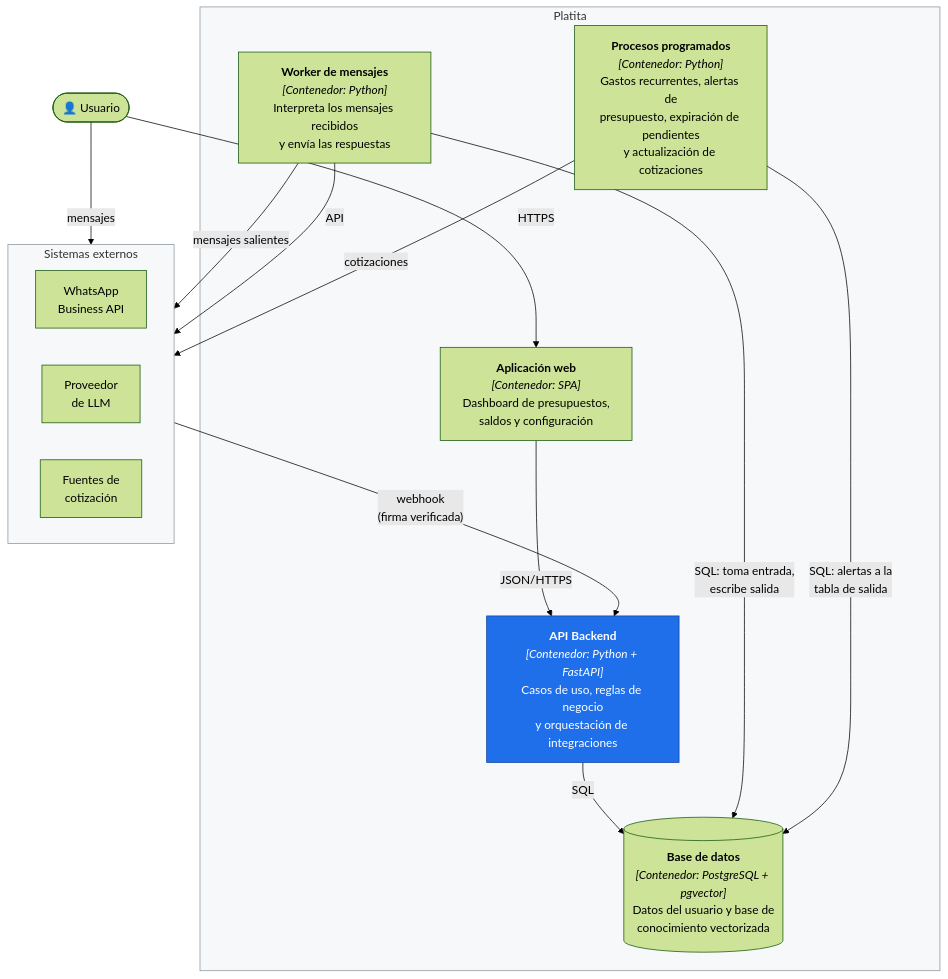
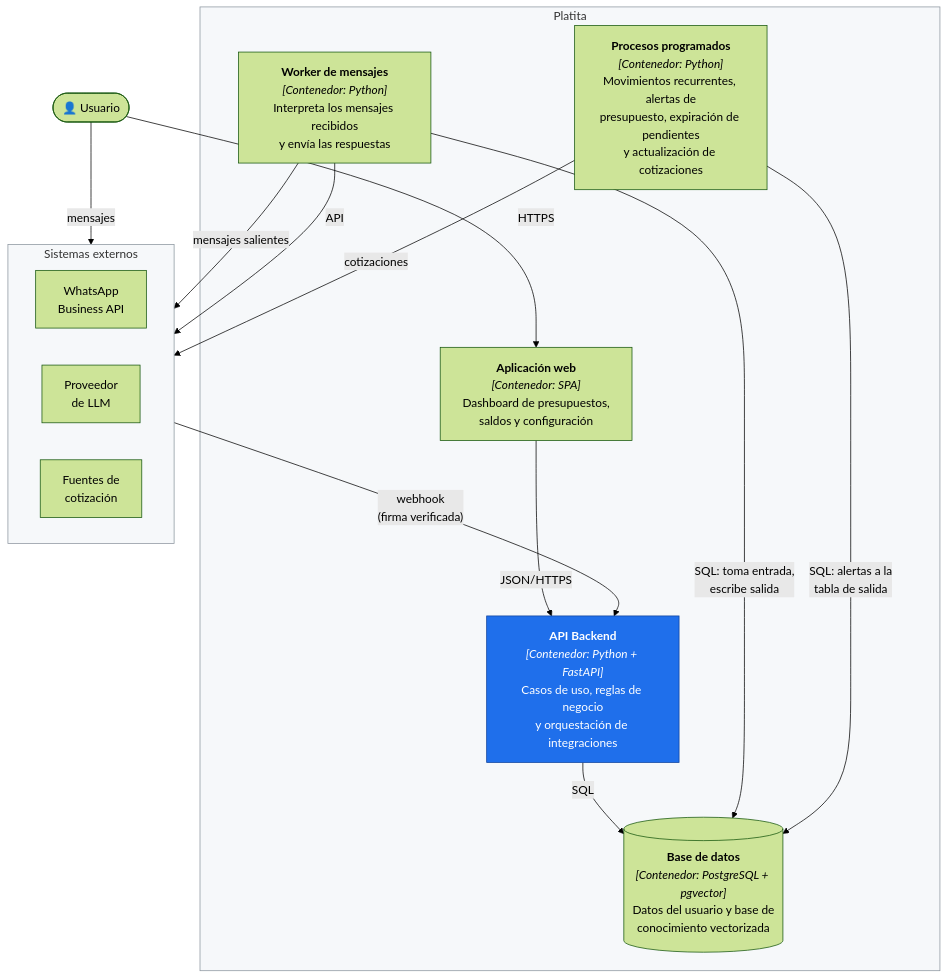
Before and after one commit to verozacarias-prog/AI4Devs-finalproject: the second of 4 diagrams in docs/02-arquitectura.md, drawn with Mermaid (forest theme). The commit also changed other lines of this file and 9 other files, not shown here.

````diff
--- a/docs/02-arquitectura.md
+++ b/docs/02-arquitectura.md
@@ -38,34 +38,34 @@
 ```mermaid
 flowchart TB
     USER(["👤 Usuario"])
 
     subgraph EXTERNOS["Sistemas externos"]
         direction LR
         WACLOUD["WhatsApp<br/>Business API"]
         LLM["Proveedor<br/>de LLM"]
         FX["Fuentes de<br/>cotización"]
     end
 
     subgraph PLATITA["Platita"]
         SPA["<b>Aplicación web</b><br/><i>[Contenedor: SPA]</i><br/>Dashboard de presupuestos,<br/>saldos y configuración"]
         API["<b>API Backend</b><br/><i>[Contenedor: Python + FastAPI]</i><br/>Casos de uso, reglas de negocio<br/>y orquestación de integraciones"]
         MSGW["<b>Worker de mensajes</b><br/><i>[Contenedor: Python]</i><br/>Interpreta los mensajes recibidos<br/>y envía las respuestas"]
-        WORKER["<b>Procesos programados</b><br/><i>[Contenedor: Python]</i><br/>Gastos recurrentes, alertas de<br/>presupuesto, expiración de pendientes<br/>y actualización de cotizaciones"]
+        WORKER["<b>Procesos programados</b><br/><i>[Contenedor: Python]</i><br/>Movimientos recurrentes, alertas de<br/>presupuesto, expiración de pendientes<br/>y actualización de cotizaciones"]
         DB[("<b>Base de datos</b><br/><i>[Contenedor: PostgreSQL + pgvector]</i><br/>Datos del usuario y base de<br/>conocimiento vectorizada")]
     end
 
     USER -->|"mensajes"| WACLOUD
     USER -->|"HTTPS"| SPA
     WACLOUD -->|"webhook<br/>(firma verificada)"| API
     MSGW -->|"mensajes salientes"| WACLOUD
     SPA -->|"JSON/HTTPS"| API
     API -->|"SQL"| DB
     MSGW -->|"SQL: toma entrada,<br/>escribe salida"| DB
     MSGW -->|"API"| LLM
     WORKER -->|"SQL: alertas a la<br/>tabla de salida"| DB
     WORKER -->|"cotizaciones"| FX
 
     style API fill:#1f6feb,stroke:#0d419d,color:#fff
     style PLATITA fill:#f6f8fa,stroke:#8b949e
     style EXTERNOS fill:#f6f8fa,stroke:#8b949e
 ```
````
